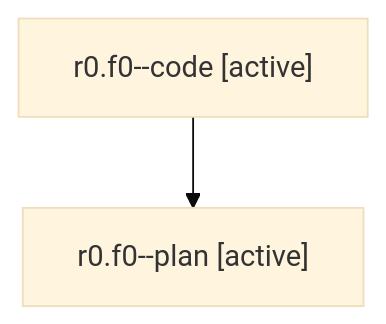
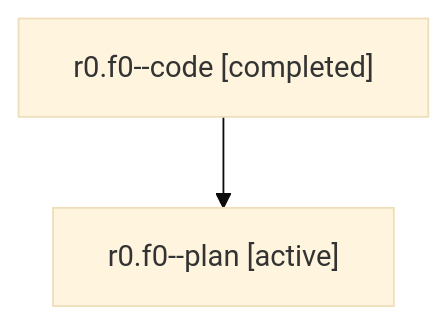
The diagram in families/bbugyi200.athena.r0.f0.md (sase-org/sase--agents), drawn with Mermaid (base theme) before and after one commit. The commit also changed other lines of this file and 5813 other files, not shown here.

````diff
--- a/families/bbugyi200.athena.r0.f0.md
+++ b/families/bbugyi200.athena.r0.f0.md
@@ -9,6 +9,6 @@
 ```mermaid
 flowchart TD
-  n0["r0.f0--code [active]"]
+  n0["r0.f0--code [completed]"]
   n1["r0.f0--plan [active]"]
   n0 --> n1
 ```
````
